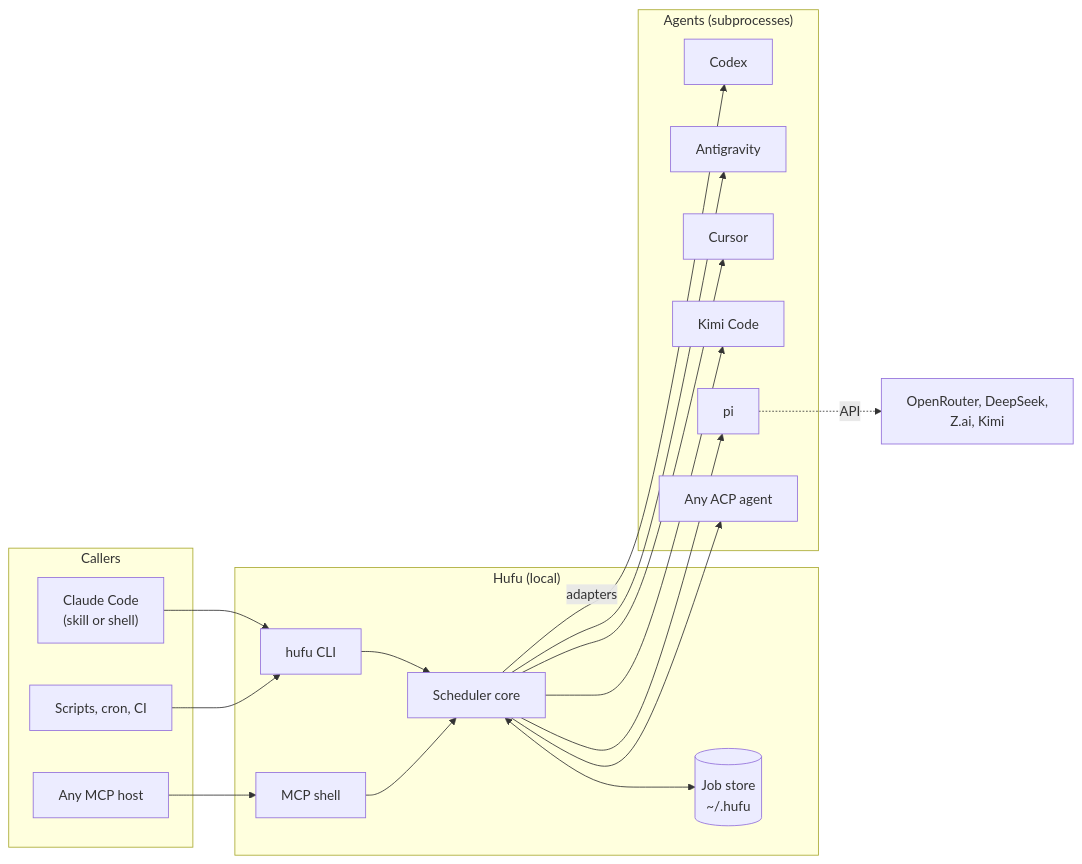
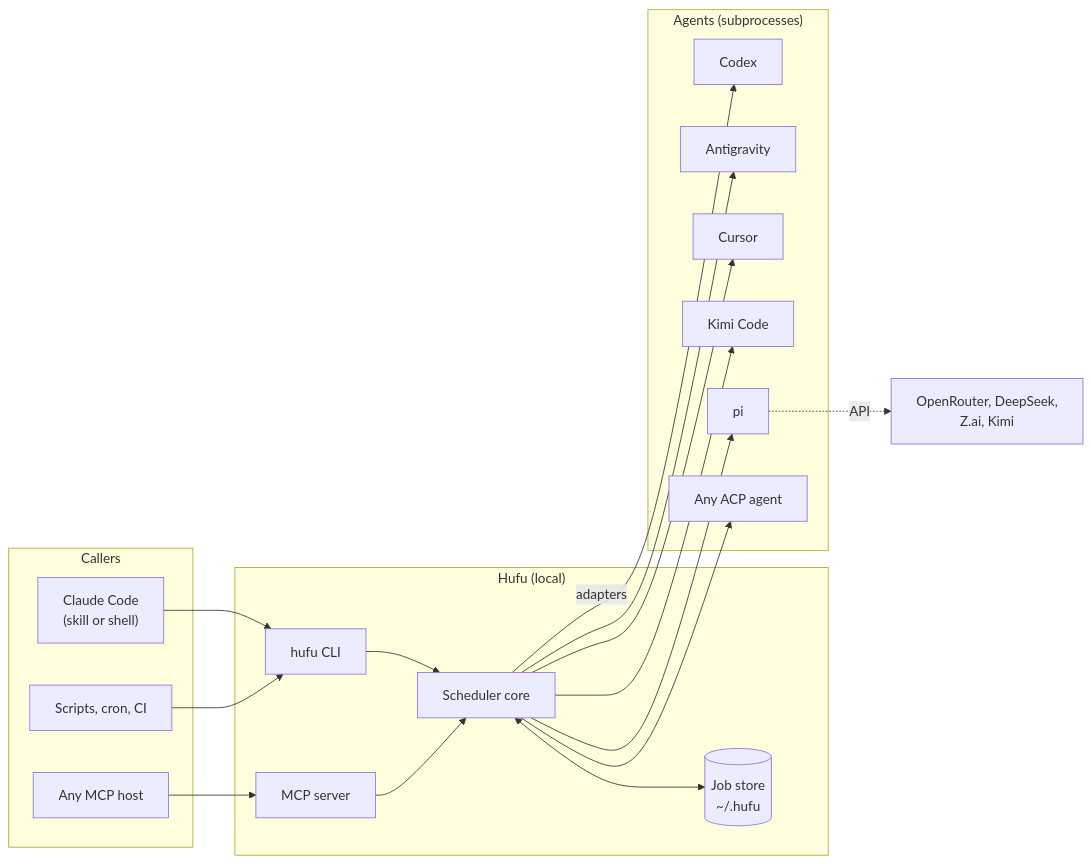
One commit to kverona-ai/hufu changed the first of 7 diagrams in doc/architecture/architecture.md. Above: the diagram before and after it, drawn with Mermaid. The commit also changed other lines of this file and 27 other files, not shown here.

````diff
--- a/doc/architecture/architecture.md
+++ b/doc/architecture/architecture.md
@@ -31,38 +31,38 @@
 ```mermaid
 flowchart LR
     subgraph Hosts["Callers"]
         CC["Claude Code<br/>(skill or shell)"]
         SH["Scripts, cron, CI"]
         MH["Any MCP host"]
     end
 
     subgraph Hufu["Hufu (local)"]
         CLI["hufu CLI"]
-        MCP["MCP shell"]
+        MCP["MCP server"]
         CORE["Scheduler core"]
         STORE[("Job store<br/>~/.hufu")]
         CLI --> CORE
         MCP --> CORE
         CORE <--> STORE
     end
 
     subgraph Agents["Agents (subprocesses)"]
         CX["Codex"]
         AG["Antigravity"]
         CU["Cursor"]
         KI["Kimi Code"]
         PI["pi"]
         ETC["Any ACP agent"]
     end
 
     CC --> CLI
     SH --> CLI
     MH --> MCP
     CORE -->|"adapters"| CX
     CORE --> AG
     CORE --> CU
     CORE --> KI
     CORE --> PI
     CORE --> ETC
     PI -.->|"API"| OR["OpenRouter, DeepSeek,<br/>Z.ai, Kimi"]
 ```
````
